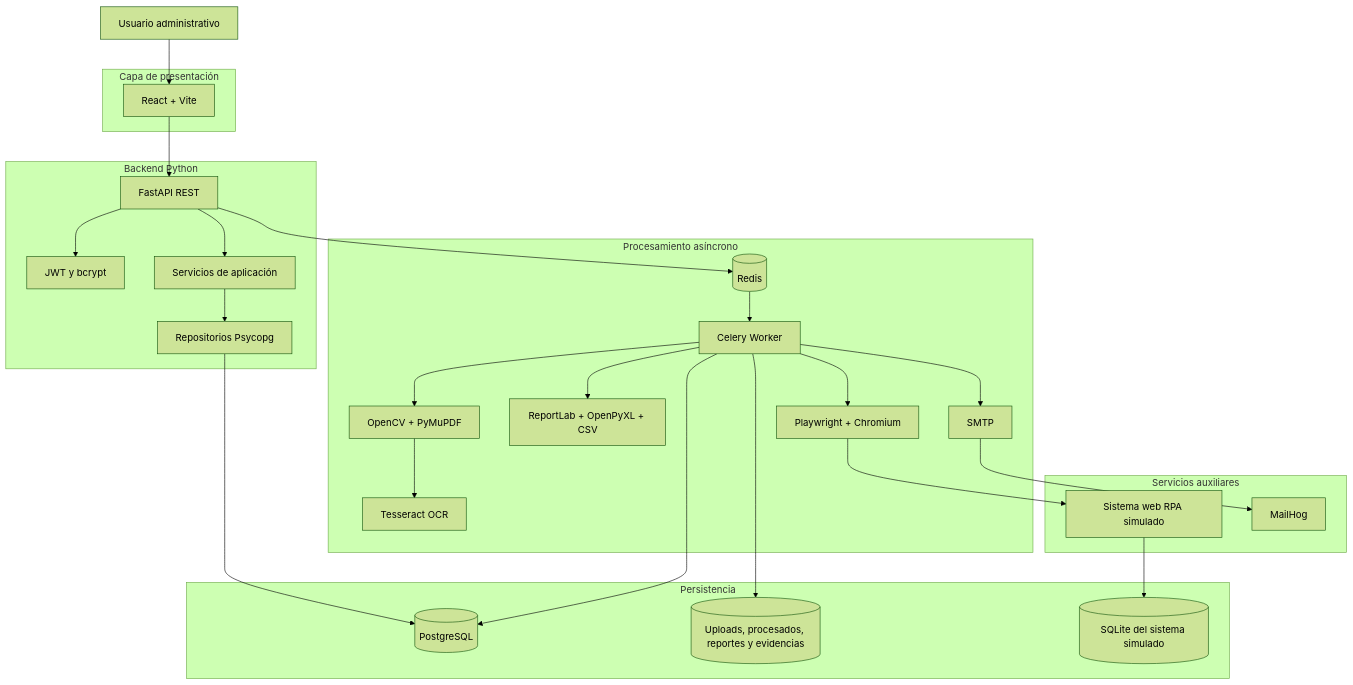
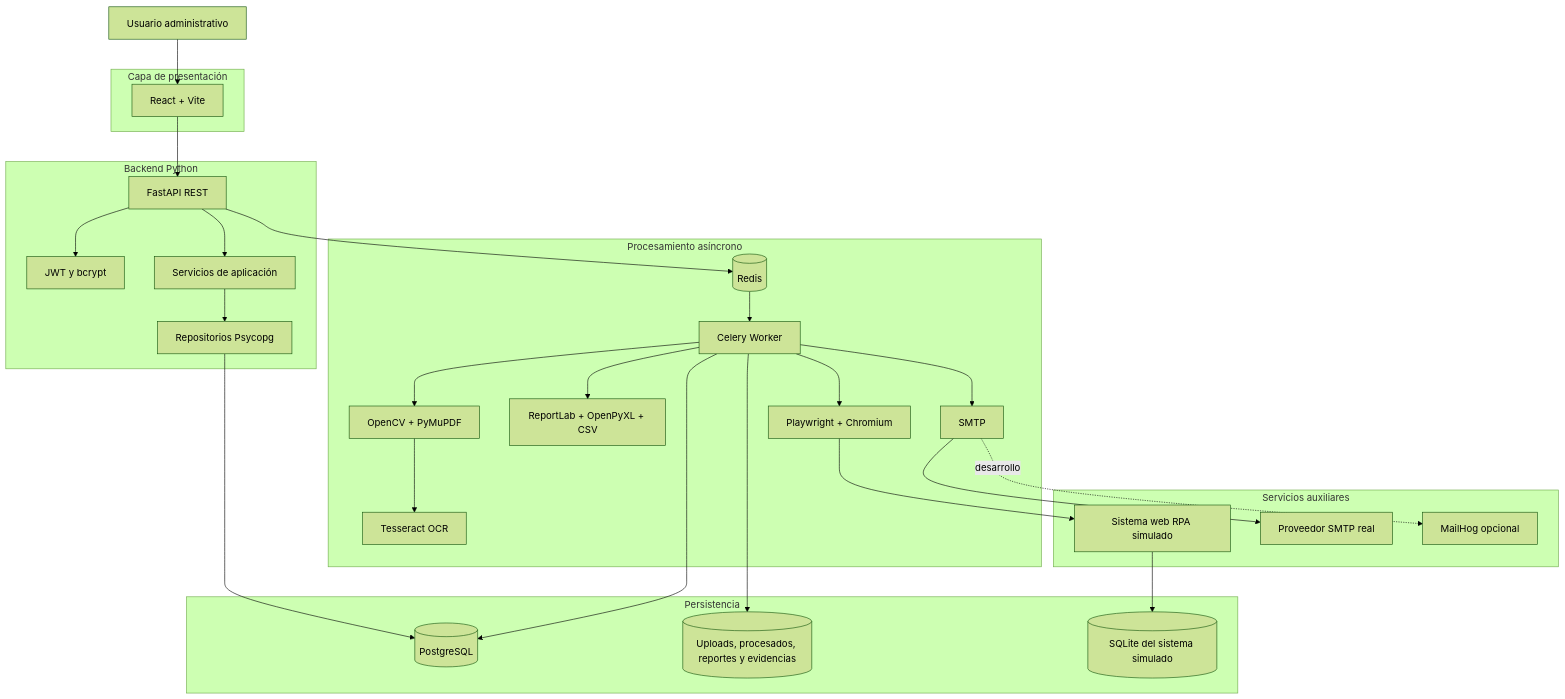
One commit to NelsonCun/applied-ai-systems changed the first of 2 diagrams in Practica_3/docs/Arquitectura.md. Above: the diagram before and after it, drawn with Mermaid (forest theme). The commit also changed other lines of this file and 30 other files, not shown here.

Commit message:
Finalizar documentacion y diagramas de SmartInvoice

````diff
--- a/Practica_3/docs/Arquitectura.md
+++ b/Practica_3/docs/Arquitectura.md
@@ -30,55 +30,57 @@
 ```mermaid
 flowchart TB
     USER[Usuario administrativo]
 
     subgraph CLIENTE["Capa de presentación"]
         FE[React + Vite]
     end
 
     subgraph APLICACION["Backend Python"]
         API[FastAPI REST]
         AUTH[JWT y bcrypt]
         SERVICES[Servicios de aplicación]
         REPOS[Repositorios Psycopg]
     end
 
     subgraph ASYNC["Procesamiento asíncrono"]
         REDIS[(Redis)]
         WORKER[Celery Worker]
         CV[OpenCV + PyMuPDF]
         OCR[Tesseract OCR]
         REPORTS[ReportLab + OpenPyXL + CSV]
         RPABOT[Playwright + Chromium]
         EMAIL[SMTP]
     end
 
     subgraph DATA["Persistencia"]
         PG[(PostgreSQL)]
         FILES[(Uploads, procesados, reportes y evidencias)]
         SQLITE[(SQLite del sistema simulado)]
     end
 
     subgraph EXTERNAL["Servicios auxiliares"]
         TARGET[Sistema web RPA simulado]
-        MAILHOG[MailHog]
+        SMTP_PROVIDER[Proveedor SMTP real]
+        MAILHOG[MailHog opcional]
     end
 
     USER --> FE
     FE --> API
     API --> AUTH
     API --> SERVICES
     SERVICES --> REPOS
     REPOS --> PG
     API --> REDIS
     REDIS --> WORKER
     WORKER --> CV
     CV --> OCR
     WORKER --> REPORTS
     WORKER --> RPABOT
     WORKER --> EMAIL
     WORKER --> PG
     WORKER --> FILES
     RPABOT --> TARGET
     TARGET --> SQLITE
-    EMAIL --> MAILHOG
+    EMAIL --> SMTP_PROVIDER
+    EMAIL -. desarrollo .-> MAILHOG
 ```
````
